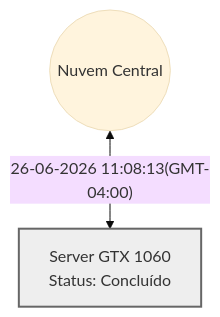
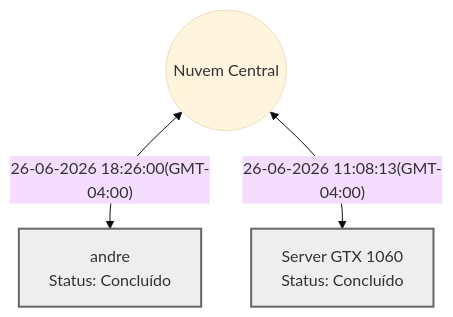
Before and after one commit to vitalia-platform/agente-local-context: the diagram in README.md, drawn with Mermaid (base theme). The commit also changed other lines of this file and 1 other file, not shown here.

````diff
--- a/README.md
+++ b/README.md
@@ -11,7 +10,10 @@
 ```mermaid
 graph TD
   Cloud((Nuvem Central))
+  e5897140["andre<br/>Status: Concluído"]
+  Cloud <-->|"26-06-2026 18:26:00(GMT-04:00)"| e5897140
+  style e5897140 stroke:#666,stroke-width:2px,fill:#eee,color:#333
   e55b4d1f["Server GTX 1060<br/>Status: Concluído"]
   Cloud <-->|"26-06-2026 11:08:13(GMT-04:00)"| e55b4d1f
   style e55b4d1f stroke:#666,stroke-width:2px,fill:#eee,color:#333
 ```
````
